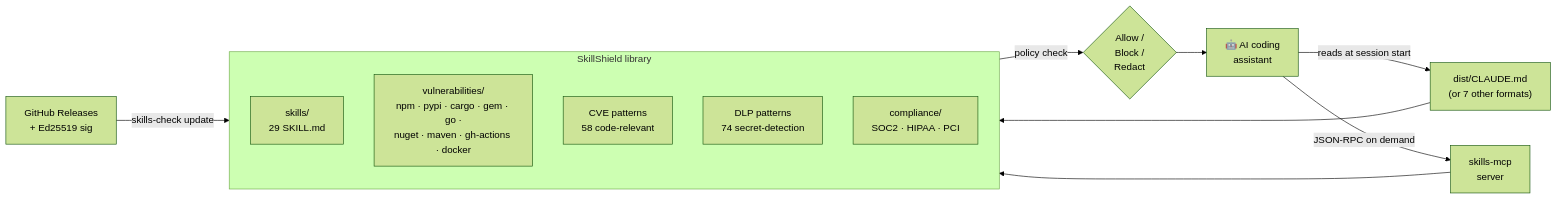
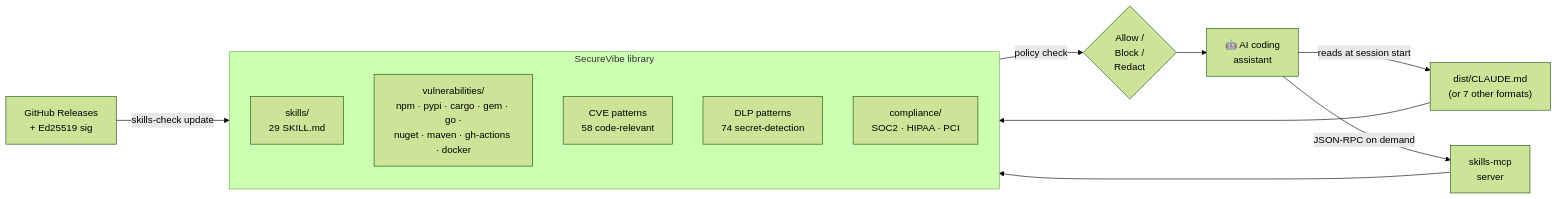
Before and after one commit to nguyencongnamit/skills-library: the diagram in docs/index.md, drawn with Mermaid (forest theme). The commit also changed other lines of this file and 9 other files, not shown here.

First line of the commit message:
brand: rename to SecureVibe + restyle docs site (blue)

````diff
--- a/docs/index.md
+++ b/docs/index.md
@@ -92,18 +92,18 @@
 ``` mermaid
 flowchart LR
     AI["🤖 AI coding<br/>assistant"] -->|reads at session start| DIST["dist/CLAUDE.md<br/>(or 7 other formats)"]
     AI -->|JSON-RPC on demand| MCP["skills-mcp<br/>server"]
-    subgraph LIB [" SkillShield library "]
+    subgraph LIB [" SecureVibe library "]
         direction TB
         SK["skills/<br/>29 SKILL.md"]
         VU["vulnerabilities/<br/>npm · pypi · cargo · gem · go ·<br/>nuget · maven · gh-actions · docker"]
         CV["CVE patterns<br/>58 code-relevant"]
         DLP["DLP patterns<br/>74 secret-detection"]
         CO["compliance/<br/>SOC2 · HIPAA · PCI"]
     end
     DIST --> LIB
     MCP --> LIB
     REL["GitHub Releases<br/>+ Ed25519 sig"] -->|skills-check update| LIB
     LIB -->|policy check| DEC{"Allow /<br/>Block /<br/>Redact"}
     DEC --> AI
 ```
````
